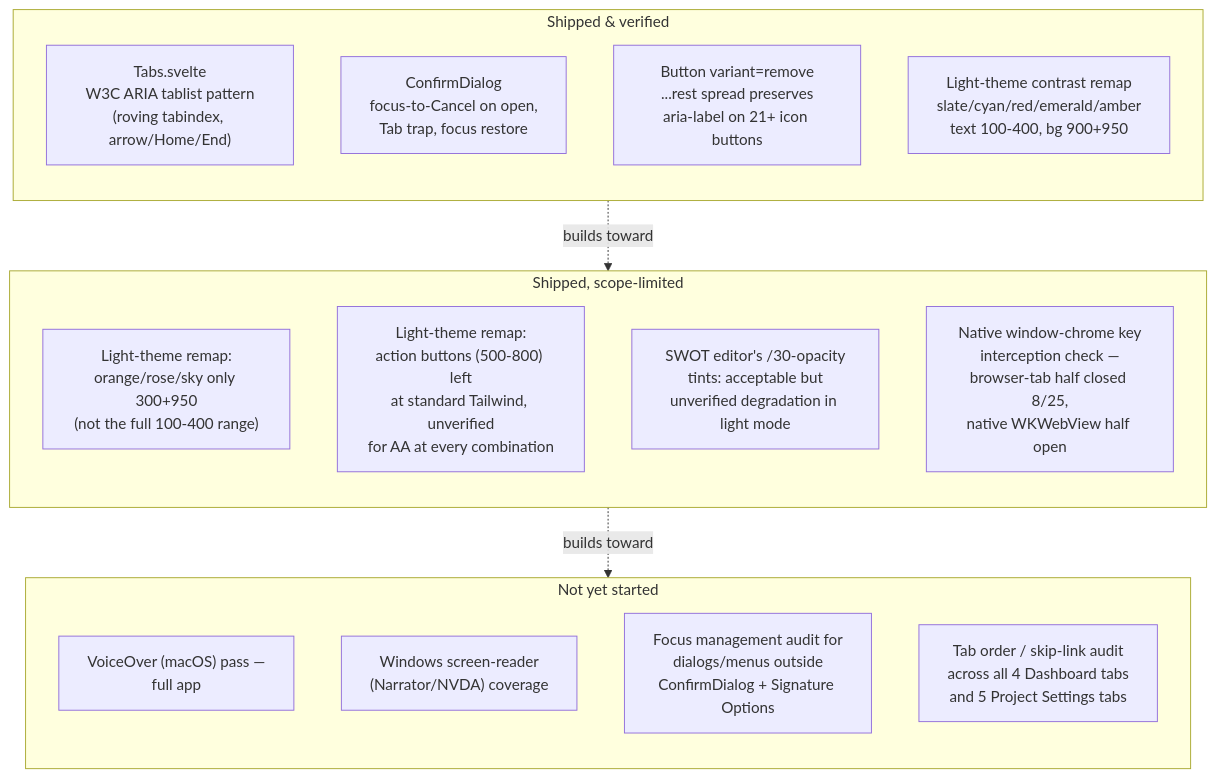
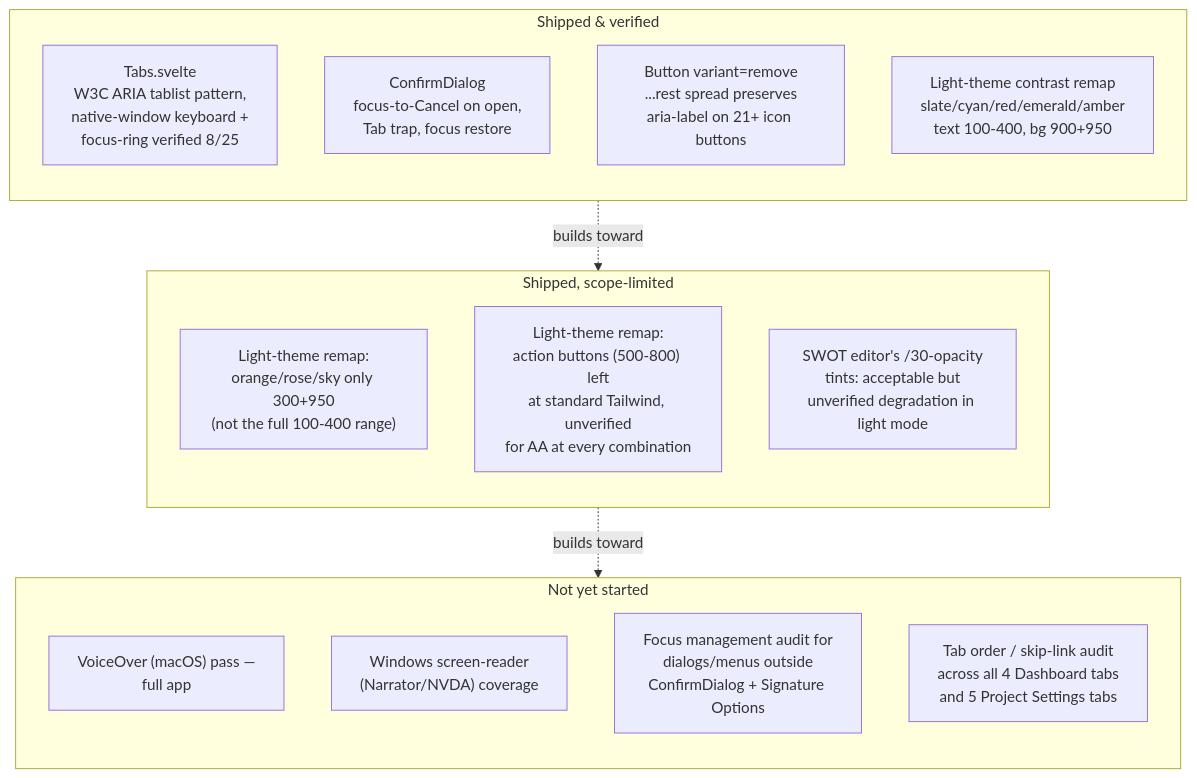
One commit to draconianneocoder-cpu/GoPMgr changed the diagram in docs/design/accessibility-remaining-work-plan.md. Above: the diagram before and after it, drawn with Mermaid. The commit also changed other lines of this file and 1 other file, not shown here.

First line of the commit message:
docs: close Tabs.svelte native-window keyboard-verification gap

````diff
--- a/docs/design/accessibility-remaining-work-plan.md
+++ b/docs/design/accessibility-remaining-work-plan.md
@@ -32,26 +32,25 @@
 ```mermaid
 flowchart TB
     subgraph shipped["Shipped & verified"]
         direction TB
-        S1["Tabs.svelte<br/>W3C ARIA tablist pattern<br/>(roving tabindex, arrow/Home/End)"]
+        S1["Tabs.svelte<br/>W3C ARIA tablist pattern,<br/>native-window keyboard +<br/>focus-ring verified 8/25"]
         S2["ConfirmDialog<br/>focus-to-Cancel on open,<br/>Tab trap, focus restore"]
         S3["Button variant=remove<br/>...rest spread preserves<br/>aria-label on 21+ icon buttons"]
         S4["Light-theme contrast remap<br/>slate/cyan/red/emerald/amber<br/>text 100-400, bg 900+950"]
     end
     subgraph partial["Shipped, scope-limited"]
         direction TB
         P1["Light-theme remap:<br/>orange/rose/sky only 300+950<br/>(not the full 100-400 range)"]
         P2["Light-theme remap:<br/>action buttons (500-800) left<br/>at standard Tailwind, unverified<br/>for AA at every combination"]
         P3["SWOT editor's /30-opacity<br/>tints: acceptable but<br/>unverified degradation in light mode"]
-        P4["Native window-chrome key<br/>interception check —<br/>browser-tab half closed 8/25,<br/>native WKWebView half open"]
     end
     subgraph missing["Not yet started"]
         direction TB
         M2["VoiceOver (macOS) pass —<br/>full app"]
         M3["Windows screen-reader<br/>(Narrator/NVDA) coverage"]
         M4["Focus management audit for<br/>dialogs/menus outside<br/>ConfirmDialog + Signature Options"]
         M5["Tab order / skip-link audit<br/>across all 4 Dashboard tabs<br/>and 5 Project Settings tabs"]
     end
     shipped -.->|"builds toward"| partial
     partial -.->|"builds toward"| missing
 ```
````
